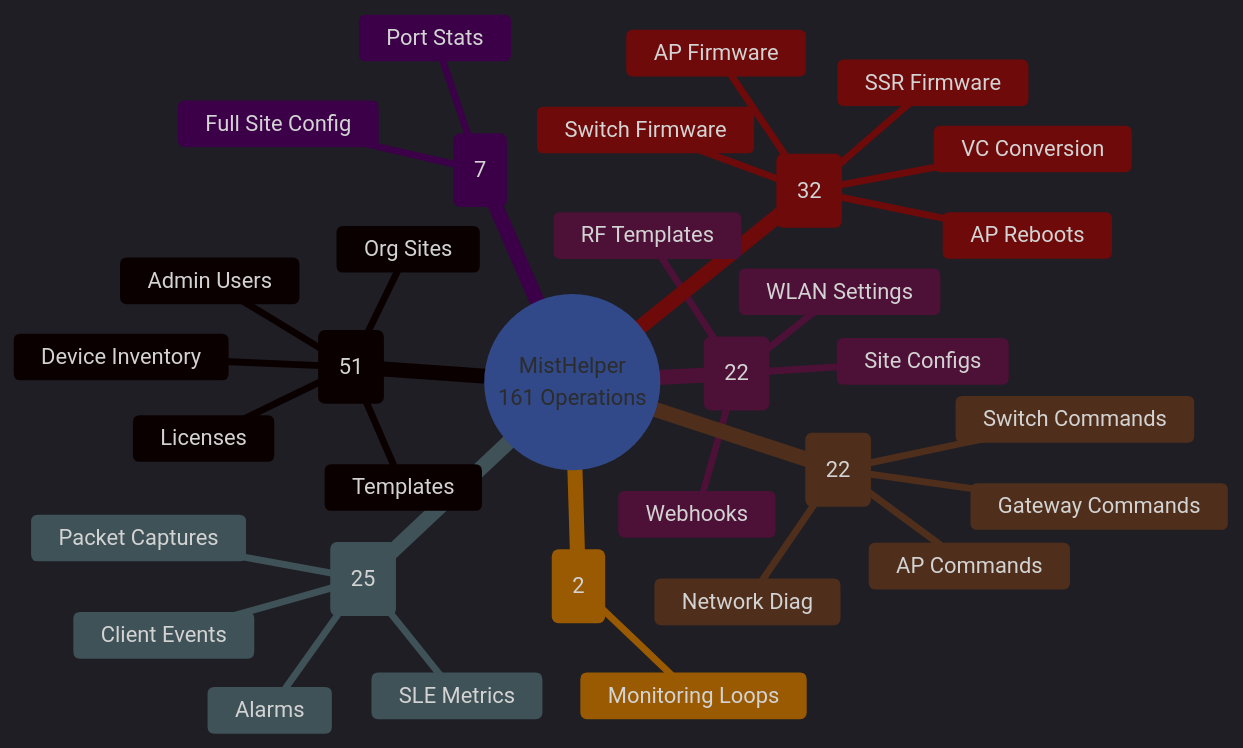
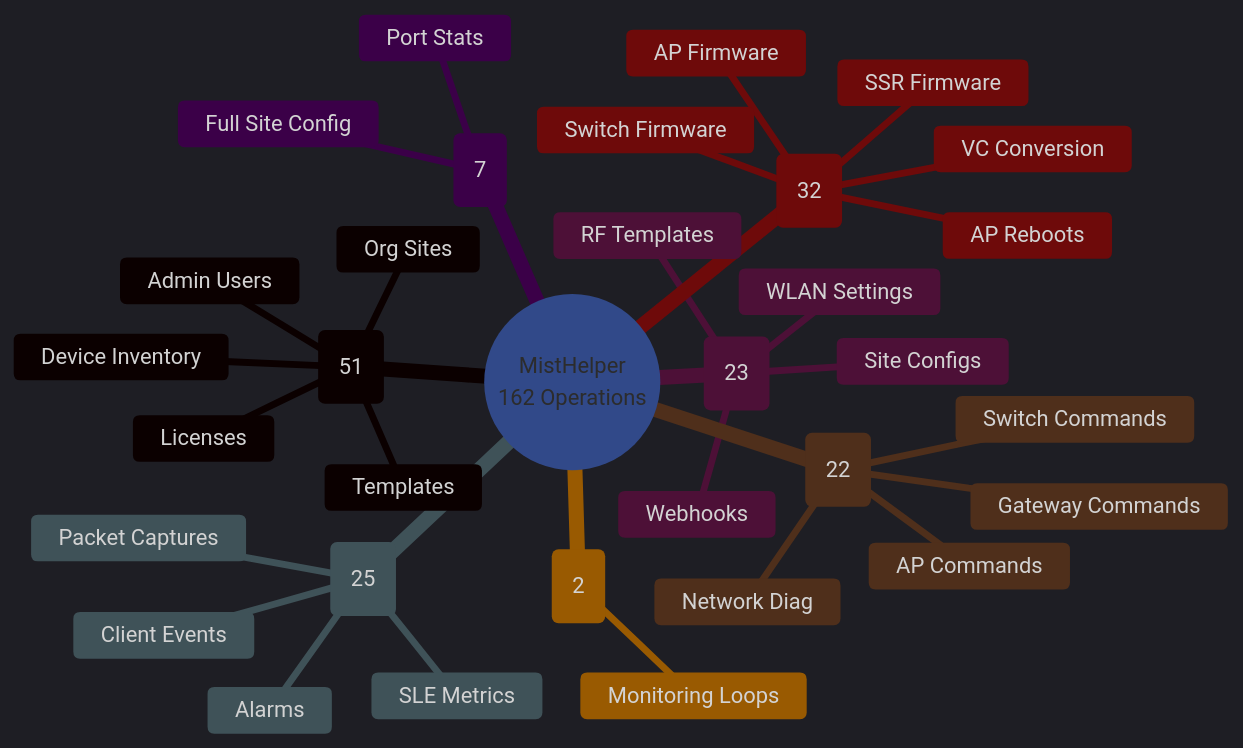
Before and after one commit to jmorrison-juniper/MistHelper: the second of 2 diagrams in README.md, drawn with Mermaid. The commit also changed other lines of this file and 54 other files, not shown here.

First line of the commit message:
feat(MistHelper): Global Wired Client Report with operator-based MAC/MFG filtering (Menu 161)

````diff
--- a/README.md
+++ b/README.md
@@ -94,46 +94,46 @@
 ```mermaid
 %%{init: {'theme': 'dark', 'themeVariables': {
   'primaryColor': '#E20074',
   'primaryTextColor': '#E0E0E0',
   'primaryBorderColor': '#99004D',
   'lineColor': '#FF4DA6',
   'secondaryColor': '#16213E',
   'tertiaryColor': '#1A1A2E',
   'fontFamily': 'ui-monospace, monospace'
 }}}%%
 mindmap
-  root((MistHelper<br/>161 Operations))
+  root((MistHelper<br/>162 Operations))
     Safe (51)
       Org Sites
       Device Inventory
       Licenses
       Templates
       Admin Users
-    Interactive Safe (22)
+    Interactive Safe (23)
       Site Configs
       WLAN Settings
       RF Templates
       Webhooks
     Interactive (25)
       Packet Captures
       SLE Metrics
       Client Events
       Alarms
     WebSocket (22)
       AP Commands
       Switch Commands
       Gateway Commands
       Network Diag
     Destructive (32)
       ::icon(fa fa-warning)
       AP Firmware
       Switch Firmware
       SSR Firmware
       AP Reboots
       VC Conversion
     Resource Intensive (7)
       Port Stats
       Full Site Config
     Continuous (2)
       Monitoring Loops
 ```
````
